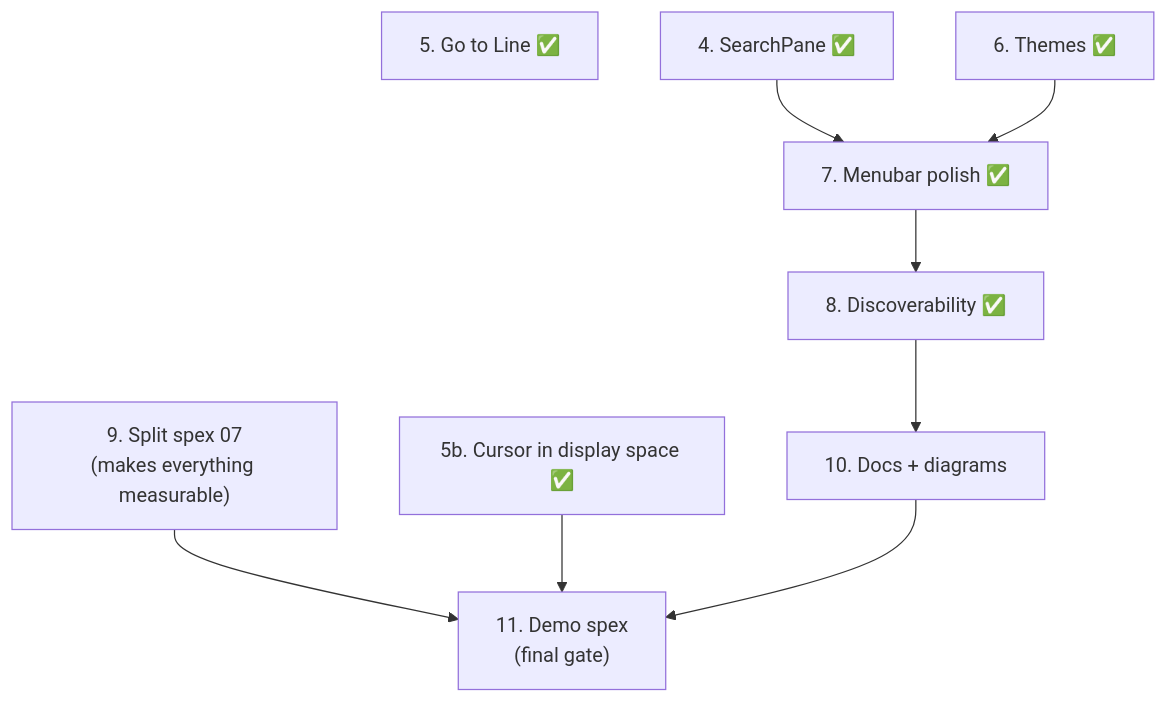
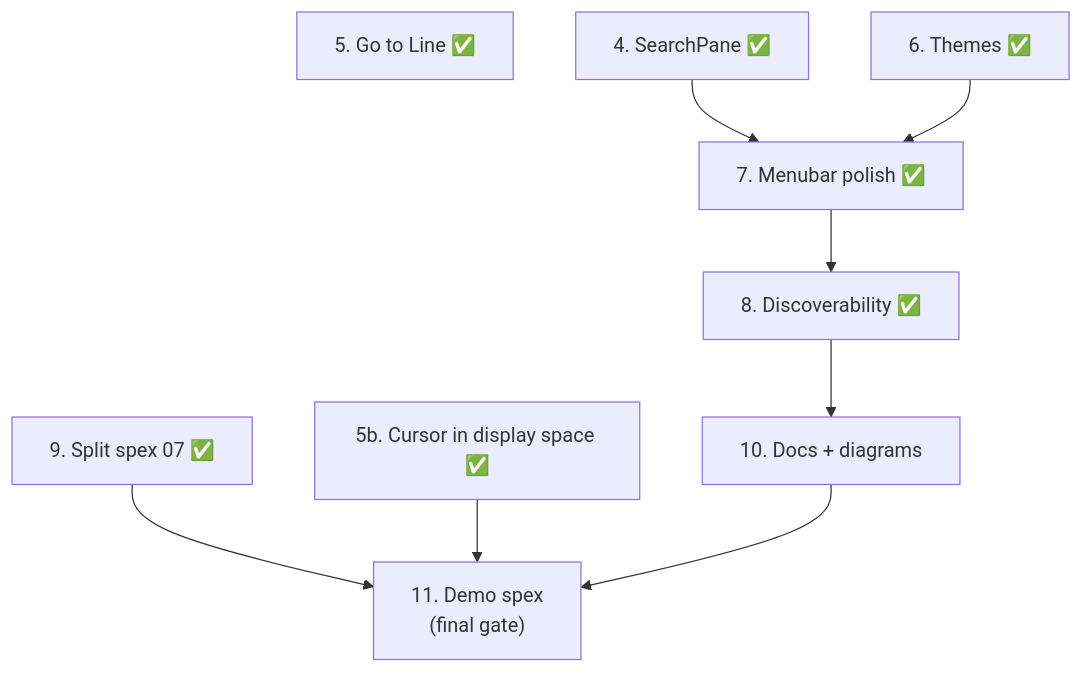
Before and after one commit to JediLuke/quillex: the first of 2 diagrams in docs/ROADMAP_1.0.md, drawn with Mermaid. The commit also changed other lines of this file and 9 other files, not shown here.

````diff
--- a/docs/ROADMAP_1.0.md
+++ b/docs/ROADMAP_1.0.md
@@ -649,11 +658,11 @@
 ```mermaid
 flowchart TB
     S5["5. Go to Line ✅"]
-    S9["9. Split spex 07<br/>(makes everything measurable)"] --> S11
+    S9["9. Split spex 07 ✅"] --> S11
     S4["4. SearchPane ✅"] --> S7["7. Menubar polish"]
     S5b["5b. Cursor in display space ✅"] --> S11
     S6["6. Themes ✅"] --> S7
     S7["7. Menubar polish ✅"] --> S8["8. Discoverability sweep"]
     S8["8. Discoverability ✅"] --> S10["10. Docs + diagrams"]
     S10 --> S11["11. Demo spex<br/>(final gate)"]
 ```
````
